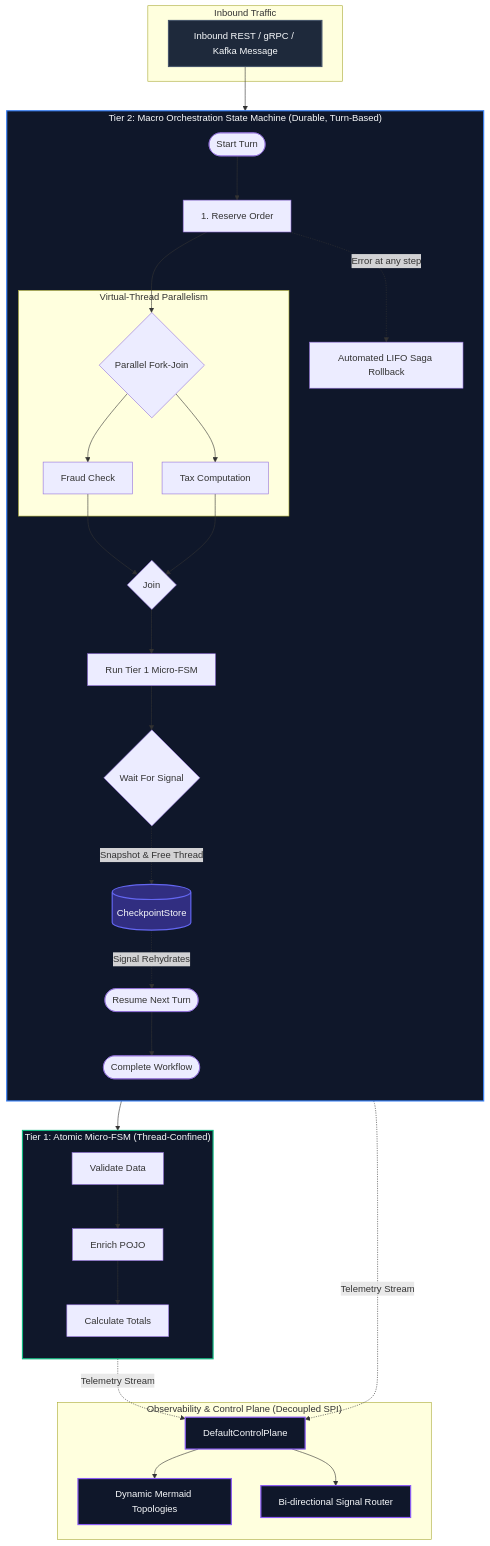
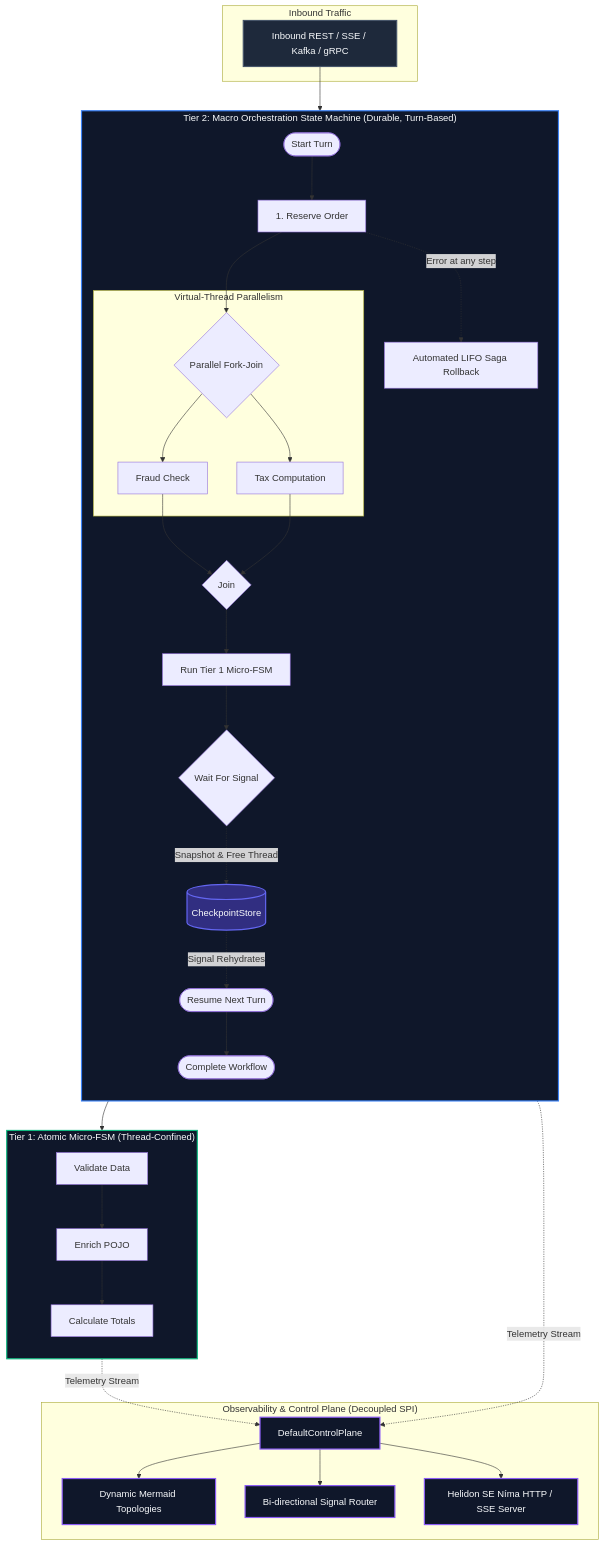
The first of 2 diagrams in README.md (f442y/dispersion), drawn with Mermaid before and after one commit. The commit also changed other lines of this file and 16 other files, not shown here.

````diff
--- a/README.md
+++ b/README.md
@@ -95,53 +95,55 @@
 ```mermaid
 graph TD
     classDef client fill:#1e293b,stroke:#475569,stroke-width:2px,color:#f8fafc;
     classDef tier2 fill:#0f172a,stroke:#3b82f6,stroke-width:2px,color:#f8fafc;
     classDef tier1 fill:#0f172a,stroke:#10b981,stroke-width:2px,color:#f8fafc;
     classDef control fill:#0f172a,stroke:#8b5cf6,stroke-width:2px,color:#f8fafc;
     classDef store fill:#312e81,stroke:#6366f1,stroke-width:2px,color:#f8fafc;
 
     subgraph Client["Inbound Traffic"]
-        REQ["Inbound REST / gRPC / Kafka Message"]:::client
+        REQ["Inbound REST / SSE / Kafka / gRPC"]:::client
     end
 
     subgraph Tier2["Tier 2: Macro Orchestration State Machine (Durable, Turn-Based)"]
         direction TB
         START_TURN(["Start Turn"]) --> S1["1. Reserve Order"]
         S1 --> FORK{"Parallel Fork-Join"}
 
         subgraph Concurrency["Virtual-Thread Parallelism"]
             FORK --> B1["Fraud Check"]
             FORK --> B2["Tax Computation"]
         end
 
         B1 & B2 --> JOIN{"Join"}
         JOIN --> EMBED["Run Tier 1 Micro-FSM"]
 
         EMBED --> SUSPEND{"Wait For Signal"}
         SUSPEND -.->|"Snapshot & Free Thread"| CP[("CheckpointStore")]:::store
         CP -.->|"Signal Rehydrates"| RESUME(["Resume Next Turn"])
         RESUME --> FINISH(["Complete Workflow"])
 
         S1 -.->|"Error at any step"| SAGA["Automated LIFO Saga Rollback"]
     end
 
     subgraph Tier1["Tier 1: Atomic Micro-FSM (Thread-Confined)"]
         direction TB
         A1["Validate Data"] --> A2["Enrich POJO"] --> A3["Calculate Totals"]
     end
 
     subgraph Ctrl["Observability & Control Plane (Decoupled SPI)"]
         DCP["DefaultControlPlane"]:::control
         TOP["Dynamic Mermaid Topologies"]:::control
         ROUT["Bi-directional Signal Router"]:::control
+        SRV["Helidon SE Níma HTTP / SSE Server"]:::control
         DCP --> TOP & ROUT
+        DCP --> SRV
     end
 
     REQ --> Tier2
     EMBED --> Tier1
     Tier1 -.->|"Telemetry Stream"| DCP
     Tier2 -.->|"Telemetry Stream"| DCP
 
     class Tier2 tier2;
     class Tier1 tier1;
 ```
````
